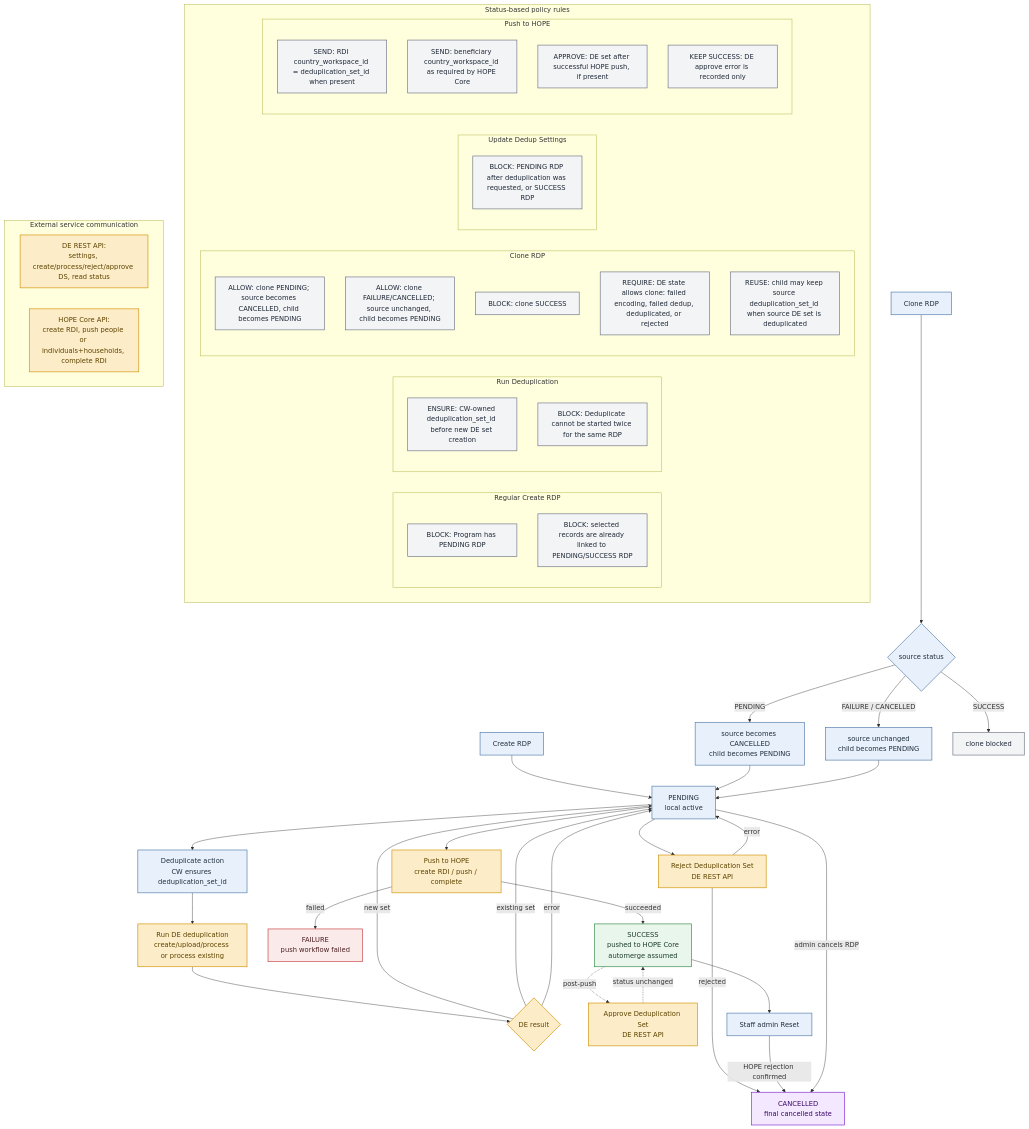
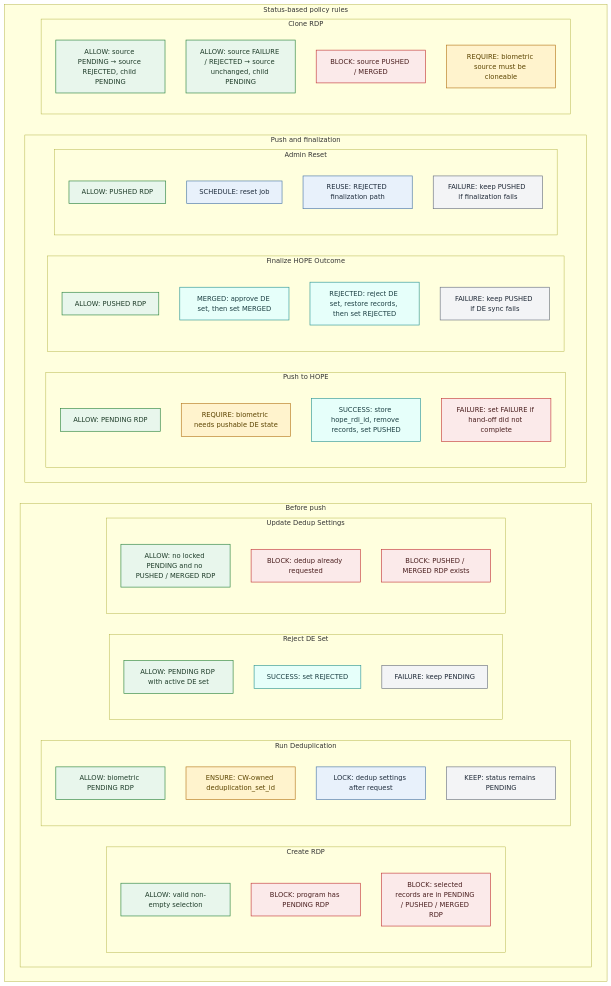
Before and after one commit to unicef/hope-country-workspace: the third of 3 diagrams in docs/src/flows/rdp_lifecycle.md, drawn with Mermaid. The commit also changed other lines of this file and 36 other files, not shown here.

First line of the commit message:
Reflect HOPE core RDI merge in RDP workflow (#403)

````diff
--- a/docs/src/flows/rdp_lifecycle.md
+++ b/docs/src/flows/rdp_lifecycle.md
@@ -51,85 +115,100 @@
 ```mermaid
 flowchart TB
-    CREATE["Create RDP"] --> PENDING["PENDING<br>local active"]
 
-    PENDING --> DEDUP_CLAIM["Deduplicate action<br>CW ensures deduplication_set_id"]
-    DEDUP_CLAIM --> DEDUP["Run DE deduplication<br>create/upload/process or process existing"]
-    DEDUP --> D1{"DE result"}
-    D1 -- "new set" --> PENDING
-    D1 -- "existing set" --> PENDING
-    D1 -- "error" --> PENDING
+    subgraph RULES["Status-based policy rules"]
+        direction LR
 
-    PENDING --> RDS["Reject Deduplication Set<br>DE REST API"]
-    RDS -->|rejected| CANCELLED["CANCELLED<br>final cancelled state"]
-    RDS -->|error| PENDING
+        subgraph PRE_PUSH_RULES["Before push"]
+            direction LR
 
-    PENDING --> HOPE_PUSH["Push to HOPE<br>create RDI / push / complete"]
-    HOPE_PUSH -->|failed| FAILURE["FAILURE<br>push workflow failed"]
-    HOPE_PUSH -->|succeeded| SUCCESS["SUCCESS<br>pushed to HOPE Core<br>automerge assumed"]
+            subgraph CREATE_RULES["Create RDP"]
+                direction TB
 
-    SUCCESS -. "post-push" .-> DE_APPROVE["Approve Deduplication Set<br>DE REST API"]
-    DE_APPROVE -. "status unchanged" .-> SUCCESS
+                C1["ALLOW: valid non-empty selection"]
+                C2["BLOCK: program has PENDING RDP"]
+                C3["BLOCK: selected records are in PENDING / PUSHED / MERGED RDP"]
+            end
 
-    SUCCESS --> RESET["Staff admin Reset"]
-    RESET -->|HOPE rejection confirmed| CANCELLED
+            subgraph DEDUP_RULES["Run Deduplication"]
+                direction TB
 
-    PENDING -->|admin cancels RDP| CANCELLED
+                D1["ALLOW: biometric PENDING RDP"]
+                D2["ENSURE: CW-owned deduplication_set_id"]
+                D3["LOCK: dedup settings after request"]
+                D4["KEEP: status remains PENDING"]
+            end
 
-    CLONE["Clone RDP"] --> CL1{"source status"}
-    CL1 -- "PENDING" --> CL2["source becomes CANCELLED<br>child becomes PENDING"]
-    CL1 -- "FAILURE / CANCELLED" --> CL3["source unchanged<br>child becomes PENDING"]
-    CL1 -- "SUCCESS" --> CL4["clone blocked"]
+            subgraph REJECT_SET_RULES["Reject DE Set"]
+                direction TB
 
-    CL2 --> PENDING
-    CL3 --> PENDING
+                RS1["ALLOW: PENDING RDP with active DE set"]
+                RS2["SUCCESS: set REJECTED"]
+                RS3["FAILURE: keep PENDING"]
+            end
 
-    subgraph STATUS_RULES["Status-based policy rules"]
-        subgraph CREATE_RULES["Regular Create RDP"]
-            A["BLOCK: Program has PENDING RDP"]
-            B["BLOCK: selected records are already linked to PENDING/SUCCESS RDP"]
+            subgraph SETTINGS_RULES["Update Dedup Settings"]
+                direction TB
+
+                S1["ALLOW: no locked PENDING and no PUSHED / MERGED RDP"]
+                S2["BLOCK: dedup already requested"]
+                S3["BLOCK: PUSHED / MERGED RDP exists"]
+            end
         end
 
-        subgraph DEDUP_RULES["Run Deduplication"]
-            H["ENSURE: CW-owned deduplication_set_id before new DE set creation"]
-            J["BLOCK: Deduplicate cannot be started twice for the same RDP"]
+        subgraph PUSH_FINAL_RULES["Push and finalization"]
+            direction LR
+
+            subgraph PUSH_RULES["Push to HOPE"]
+                direction TB
+
+                P1["ALLOW: PENDING RDP"]
+                P2["REQUIRE: biometric needs pushable DE state"]
+                P3["SUCCESS: store hope_rdi_id, remove records, set PUSHED"]
+                P4["FAILURE: set FAILURE if hand-off did not complete"]
+            end
+
+            subgraph FINALIZE_RULES["Finalize HOPE Outcome"]
+                direction TB
+
+                F1["ALLOW: PUSHED RDP"]
+                F2["MERGED: approve DE set, then set MERGED"]
+                F3["REJECTED: reject DE set, restore records, then set REJECTED"]
+                F4["FAILURE: keep PUSHED if DE sync fails"]
+            end
+
+            subgraph RESET_RULES["Admin Reset"]
+                direction TB
+
+                R1["ALLOW: PUSHED RDP"]
+                R2["SCHEDULE: reset job"]
+                R3["REUSE: REJECTED finalization path"]
+                R4["FAILURE: keep PUSHED if finalization fails"]
+            end
         end
 
-        subgraph CLONE_RULES["Clone RDP"]
-            C["ALLOW: clone PENDING; source becomes CANCELLED, child becomes PENDING"]
-            D["ALLOW: clone FAILURE/CANCELLED; source unchanged, child becomes PENDING"]
-            E["BLOCK: clone SUCCESS"]
-            F["REQUIRE: DE state allows clone: failed encoding, failed dedup, deduplicated, or rejected"]
-            K["REUSE: child may keep source deduplication_set_id when source DE set is deduplicated"]
-        end
+        subgraph CLONE_POLICY_RULES["Clone RDP"]
+            direction TB
 
-        subgraph SETTINGS_RULES["Update Dedup Settings"]
-            G["BLOCK: PENDING RDP after deduplication was requested, or SUCCESS RDP"]
-        end
-
-        subgraph PUSH_RULES["Push to HOPE"]
-            L["SEND: RDI country_workspace_id = deduplication_set_id when present"]
-            M["SEND: beneficiary country_workspace_id as required by HOPE Core"]
-            N["APPROVE: DE set after successful HOPE push, if present"]
-            O["KEEP SUCCESS: DE approve error is recorded only"]
+            CL1["ALLOW: source PENDING → source REJECTED, child PENDING"]
+            CL2["ALLOW: source FAILURE / REJECTED → source unchanged, child PENDING"]
+            CL3["BLOCK: source PUSHED / MERGED"]
+            CL4["REQUIRE: biometric source must be cloneable"]
         end
     end
 
-    subgraph EXTERNAL["External service communication"]
-        X1["DE REST API:<br>settings, create/process/reject/approve DS, read status"]
-        X2["HOPE Core API:<br>create RDI, push people or individuals+households, complete RDI"]
-    end
+    classDef allow fill:#E8F6EC,stroke:#2E8540,stroke-width:1.5px,color:#1F3D2A;
+    classDef block fill:#FBEAEA,stroke:#C43B3B,stroke-width:1.5px,color:#4A1F1F;
+    classDef require fill:#FFF3CD,stroke:#B7791F,stroke-width:1.5px,color:#5C4400;
+    classDef success fill:#E6FFFA,stroke:#319795,stroke-width:1.5px,color:#1D4044;
+    classDef failed fill:#FBEAEA,stroke:#C43B3B,stroke-width:1.5px,color:#4A1F1F;
+    classDef keep fill:#F3F4F6,stroke:#6B7280,stroke-width:1.5px,color:#1F2937;
+    classDef action fill:#E8F1FB,stroke:#4C78A8,stroke-width:1.5px,color:#1F2D3D;
 
-    classDef local fill:#E8F1FB,stroke:#4C78A8,stroke-width:1.5px,color:#1F2D3D;
-    classDef external fill:#FDECC8,stroke:#D18F00,stroke-width:1.5px,color:#5C4400;
-    classDef success fill:#E8F6EC,stroke:#2E8540,stroke-width:1.5px,color:#1F3D2A;
-    classDef failed fill:#FBEAEA,stroke:#C43B3B,stroke-width:1.5px,color:#4A1F1F;
-    classDef neutral fill:#F3F4F6,stroke:#6B7280,stroke-width:1.5px,color:#1F2937;
-    classDef cancelled fill:#F3E8FF,stroke:#7E22CE,stroke-width:1.5px,color:#3B0764;
-
-    class PENDING,CREATE,CLONE,CL1,CL2,CL3,RESET,DEDUP_CLAIM local;
-    class DEDUP,D1,RDS,HOPE_PUSH,DE_APPROVE,X1,X2 external;
-    class SUCCESS success;
-    class FAILURE failed;
-    class CANCELLED cancelled;
-    class CL4,A,B,C,D,E,F,G,H,I,J,K,L,M,N,O neutral;
+    class C1,D1,RS1,S1,P1,F1,R1,CL1,CL2 allow;
+    class C2,C3,S2,S3,CL3 block;
+    class D2,P2,CL4 require;
+    class RS2,P3,F2,F3 success;
+    class P4 failed;
+    class D3,R2,R3 action;
+    class D4,RS3,F4,R4 keep;
 ```
````
